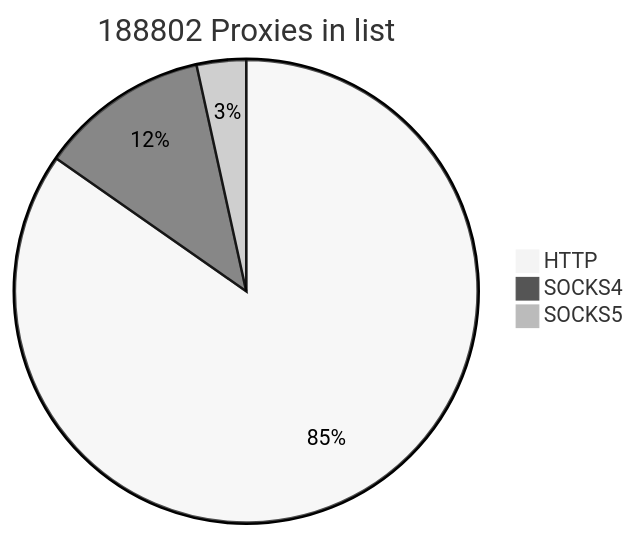
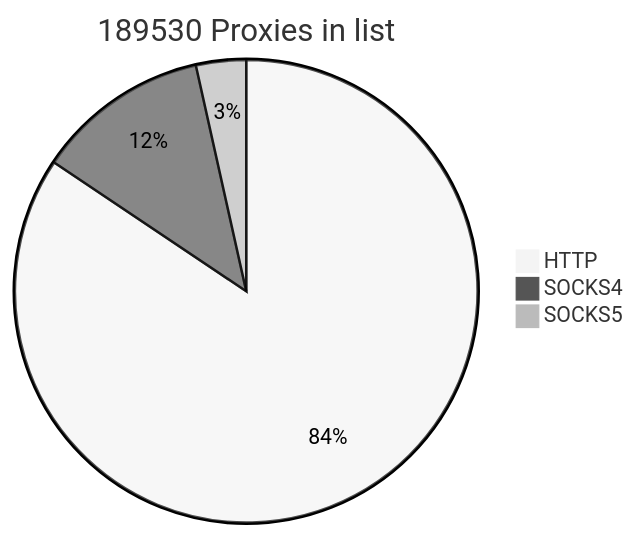
One commit to cutipu/proxylist changed the first of 2 diagrams in README.md. Above: the diagram before and after it, drawn with Mermaid (neutral theme). The commit also changed other lines of this file, not shown here.

````diff
--- a/README.md
+++ b/README.md
@@ -2,7 +2,7 @@
 ```mermaid
-pie title 188802 Proxies in list
-    "HTTP" : 159943
-    "SOCKS4" : 22355
-    "SOCKS5" : 6504
+pie title 189530 Proxies in list
+    "HTTP" : 159965
+    "SOCKS4" : 22940
+    "SOCKS5" : 6625
             
 ```
````
